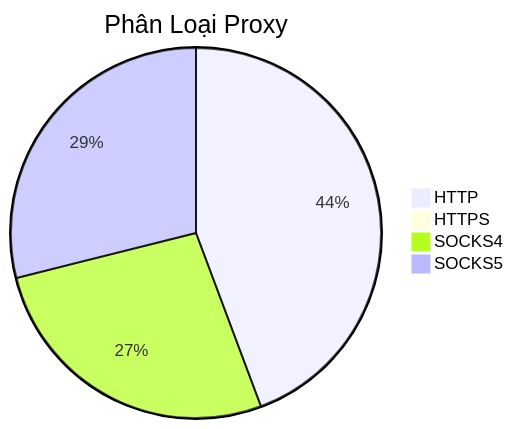
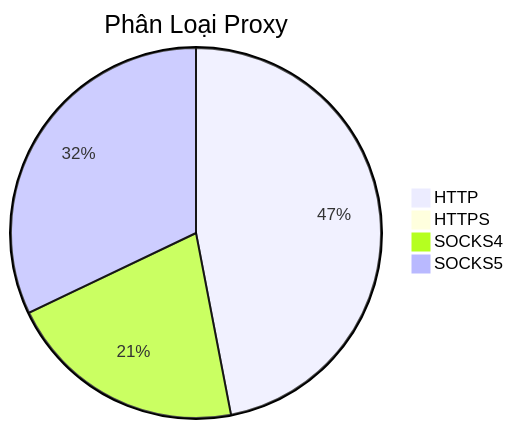
Before and after one commit to Ciara-12/PROXY-free: the diagram in README.md, drawn with Mermaid. The commit also changed other lines of this file and 4 other files, not shown here.

````diff
--- a/README.md
+++ b/README.md
@@ -26,7 +26,7 @@
 ```mermaid
 pie title Phân Loại Proxy
-    "HTTP" : 610
-    "HTTPS" : 1
-    "SOCKS4" : 369
-    "SOCKS5" : 398
+    "HTTP" : 543
+    "HTTPS" : 0
+    "SOCKS4" : 242
+    "SOCKS5" : 371
 ```
````
